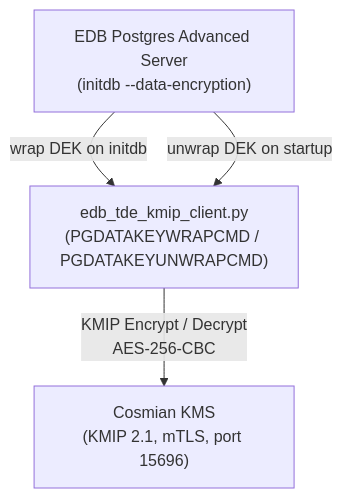
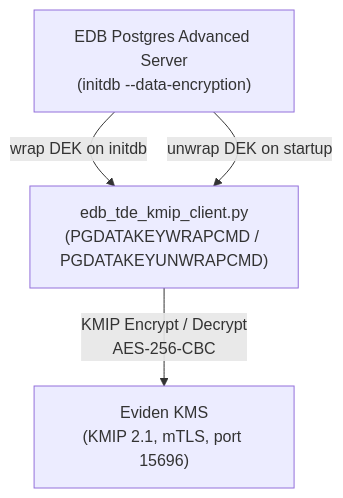
The diagram in documentation/docs/integrations/databases/edb_postgres_tde.md (Cosmian/kms), drawn with Mermaid before and after one commit. The commit also changed other lines of this file and 24 other files, not shown here.

Commit message:
fix: replace Cosmian by Eviden everywhere

````diff
--- a/documentation/docs/integrations/databases/edb_postgres_tde.md
+++ b/documentation/docs/integrations/databases/edb_postgres_tde.md
@@ -24,10 +24,10 @@
 ```mermaid
 flowchart TB
     pg["EDB Postgres Advanced Server<br/>(initdb --data-encryption)"]
     client["edb_tde_kmip_client.py<br/>(PGDATAKEYWRAPCMD / PGDATAKEYUNWRAPCMD)"]
-    kms["Cosmian KMS<br/>(KMIP 2.1, mTLS, port 15696)"]
+    kms["Eviden KMS<br/>(KMIP 2.1, mTLS, port 15696)"]
 
     pg -- "wrap DEK on initdb" --> client
     pg -- "unwrap DEK on startup" --> client
     client -- "KMIP Encrypt / Decrypt<br/>AES-256-CBC" --> kms
 ```
````
